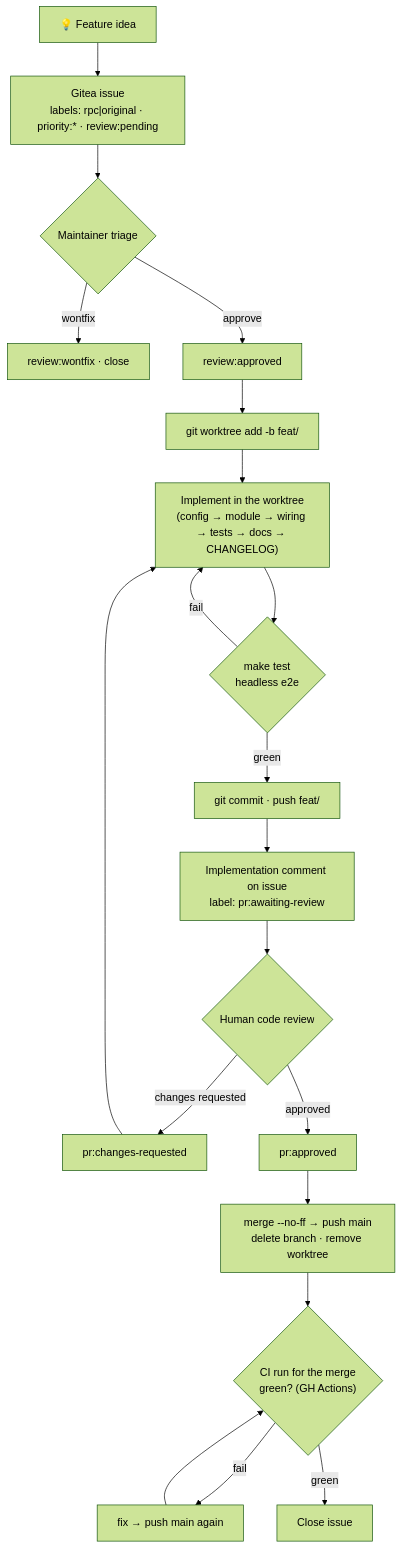
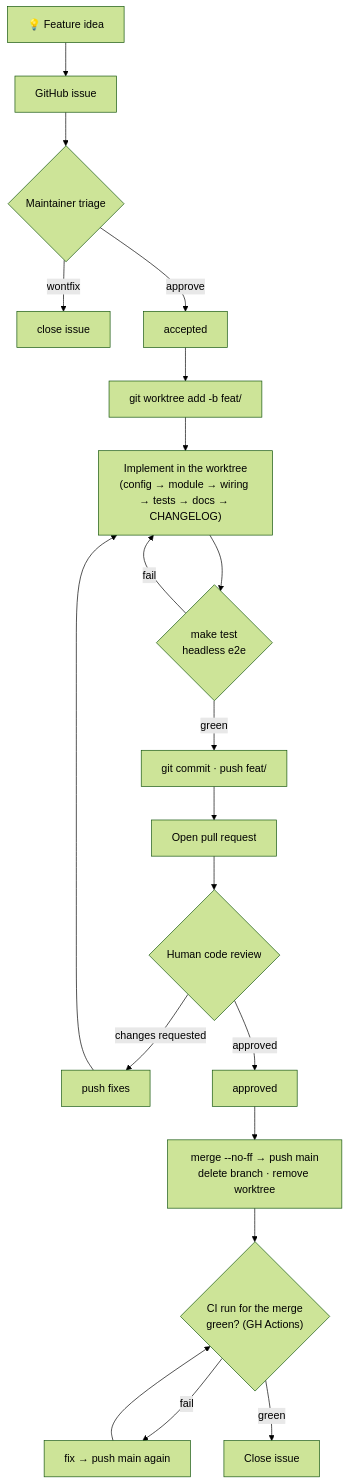
The diagram in .agents/skills/develop/SKILL.md (saya-ashen/agent-workbench.nvim), drawn with Mermaid (forest theme) before and after one commit. The commit also changed other lines of this file and 210 other files, not shown here.

````diff
--- a/.agents/skills/develop/SKILL.md
+++ b/.agents/skills/develop/SKILL.md
@@ -12,20 +12,20 @@
 ```mermaid
 flowchart TD
-    A["💡 Feature idea"] --> B["Gitea issue\nlabels: rpc|original · priority:* · review:pending"]
+    A["💡 Feature idea"] --> B["GitHub issue"]
     B --> C{"Maintainer triage"}
-    C -- wontfix --> D["review:wontfix · close"]
-    C -- approve --> E["review:approved"]
+    C -- wontfix --> D["close issue"]
+    C -- approve --> E["accepted"]
     E --> F["git worktree add <wt> -b feat/<name>"]
     F --> G["Implement in the worktree\n(config → module → wiring → tests → docs → CHANGELOG)"]
     G --> H{"make test\nheadless e2e"}
     H -- fail --> G
     H -- green --> I["git commit · push feat/<name>"]
-    I --> J["Implementation comment on issue\nlabel: pr:awaiting-review"]
+    I --> J["Open pull request"]
     J --> K{"Human code review"}
-    K -- changes requested --> L["pr:changes-requested"] --> G
-    K -- approved --> M["pr:approved"]
+    K -- changes requested --> L["push fixes"] --> G
+    K -- approved --> M["approved"]
     M --> N["merge --no-ff → push main\ndelete branch · remove worktree"]
     N --> P{"CI run for the merge\ngreen? (GH Actions)"}
     P -- fail --> Q["fix → push main again"] --> P
     P -- green --> O["Close issue"]
 ```
````
